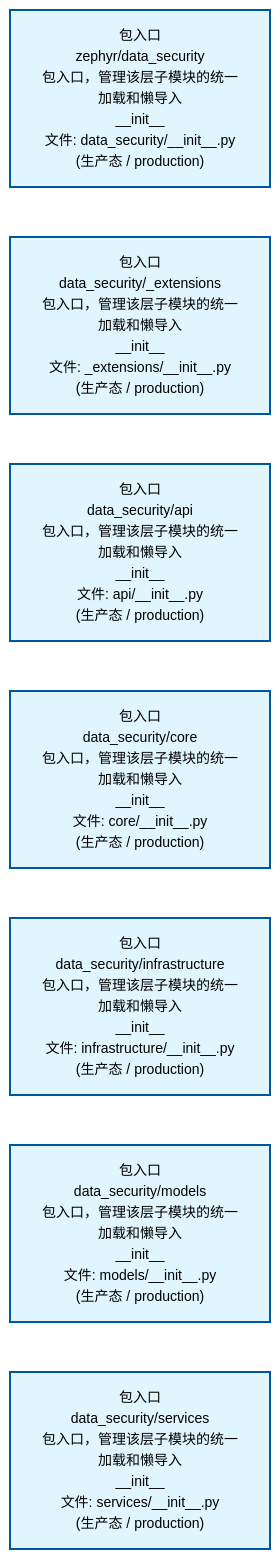
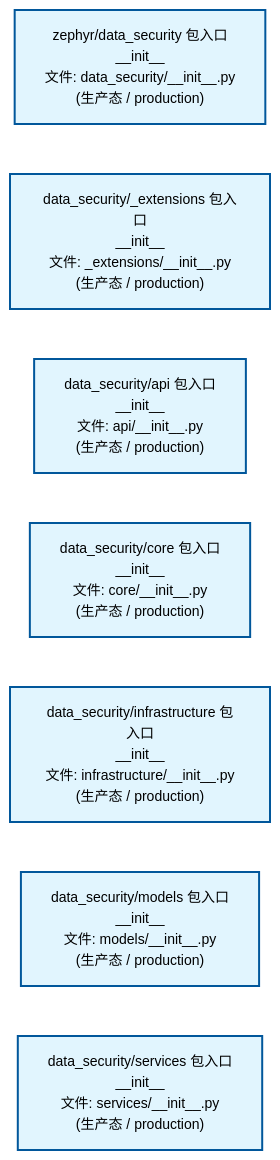
One commit to xuanFelixVan/ZephyrAlpha changed the second of 2 diagrams in docs/02_enterprise_architecture/02_domain_architecture_docs/14_d_data_sec.md. Above: the diagram before and after it, drawn with Mermaid. The commit also changed other lines of this file and 61 other files, not shown here.

````diff
--- a/docs/02_enterprise_architecture/02_domain_architecture_docs/14_d_data_sec.md
+++ b/docs/02_enterprise_architecture/02_domain_architecture_docs/14_d_data_sec.md
@@ -80,22 +80,22 @@
 ```mermaid
 %%{init: {'theme': 'base', 'themeVariables': {'primaryColor': '#eaeaea', 'primaryTextColor': '#333333', 'primaryBorderColor': '#666666', 'lineColor': '#666666', 'secondaryColor': '#eaeaea', 'tertiaryColor': '#eaeaea', 'fontSize': '14px'}}}%%
 flowchart TD
-    src_zephyr_data_security_init_py["包入口<br/>zephyr/data_security<br/>包入口，管理该层子模块的统一加载和懒导入<br/>__init__<br/>文件: data_security/__init__.py<br/>(生产态 / production)"]
-    src_zephyr_data_security_extensions_init_py["包入口<br/>data_security/_extensions<br/>包入口，管理该层子模块的统一加载和懒导入<br/>__init__<br/>文件: _extensions/__init__.py<br/>(生产态 / production)"]
-    src_zephyr_data_security_api_init_py["包入口<br/>data_security/api<br/>包入口，管理该层子模块的统一加载和懒导入<br/>__init__<br/>文件: api/__init__.py<br/>(生产态 / production)"]
-    src_zephyr_data_security_core_init_py["包入口<br/>data_security/core<br/>包入口，管理该层子模块的统一加载和懒导入<br/>__init__<br/>文件: core/__init__.py<br/>(生产态 / production)"]
-    src_zephyr_data_security_infrastructure_init_py["包入口<br/>data_security/infrastructure<br/>包入口，管理该层子模块的统一加载和懒导入<br/>__init__<br/>文件: infrastructure/__init__.py<br/>(生产态 / production)"]
-    src_zephyr_data_security_models_init_py["包入口<br/>data_security/models<br/>包入口，管理该层子模块的统一加载和懒导入<br/>__init__<br/>文件: models/__init__.py<br/>(生产态 / production)"]
-    src_zephyr_data_security_services_init_py["包入口<br/>data_security/services<br/>包入口，管理该层子模块的统一加载和懒导入<br/>__init__<br/>文件: services/__init__.py<br/>(生产态 / production)"]
+    src_zephyr_data_security_init_py["zephyr/data_security 包入口<br/>__init__<br/>文件: data_security/__init__.py<br/>(生产态 / production)"]
+    src_zephyr_data_security_extensions_init_py["data_security/_extensions 包入口<br/>__init__<br/>文件: _extensions/__init__.py<br/>(生产态 / production)"]
+    src_zephyr_data_security_api_init_py["data_security/api 包入口<br/>__init__<br/>文件: api/__init__.py<br/>(生产态 / production)"]
+    src_zephyr_data_security_core_init_py["data_security/core 包入口<br/>__init__<br/>文件: core/__init__.py<br/>(生产态 / production)"]
+    src_zephyr_data_security_infrastructure_init_py["data_security/infrastructure 包入口<br/>__init__<br/>文件: infrastructure/__init__.py<br/>(生产态 / production)"]
+    src_zephyr_data_security_models_init_py["data_security/models 包入口<br/>__init__<br/>文件: models/__init__.py<br/>(生产态 / production)"]
+    src_zephyr_data_security_services_init_py["data_security/services 包入口<br/>__init__<br/>文件: services/__init__.py<br/>(生产态 / production)"]
     src_zephyr_data_security_init_py ~~~ src_zephyr_data_security_extensions_init_py
     src_zephyr_data_security_extensions_init_py ~~~ src_zephyr_data_security_api_init_py
     src_zephyr_data_security_api_init_py ~~~ src_zephyr_data_security_core_init_py
     src_zephyr_data_security_core_init_py ~~~ src_zephyr_data_security_infrastructure_init_py
     src_zephyr_data_security_infrastructure_init_py ~~~ src_zephyr_data_security_models_init_py
     src_zephyr_data_security_models_init_py ~~~ src_zephyr_data_security_services_init_py
     classDef production fill:#e1f5fe,stroke:#01579b,stroke-width:2px,color:#000
     classDef design fill:#fff3e0,stroke:#e65100,stroke-width:2px,color:#000,stroke-dasharray: 5 5
     classDef external_prod fill:#e8f4fd,stroke:#0277bd,stroke-width:1px,color:#000
     classDef external_design fill:#fff8e7,stroke:#ef6c00,stroke-width:1px,color:#000,stroke-dasharray: 5 5
     class src_zephyr_data_security_init_py,src_zephyr_data_security_extensions_init_py,src_zephyr_data_security_api_init_py,src_zephyr_data_security_core_init_py,src_zephyr_data_security_infrastructure_init_py,src_zephyr_data_security_models_init_py,src_zephyr_data_security_services_init_py production
 ```
````
